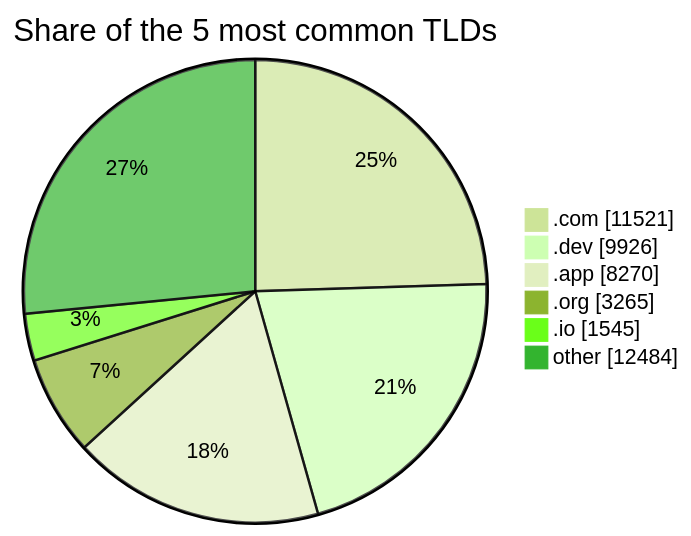
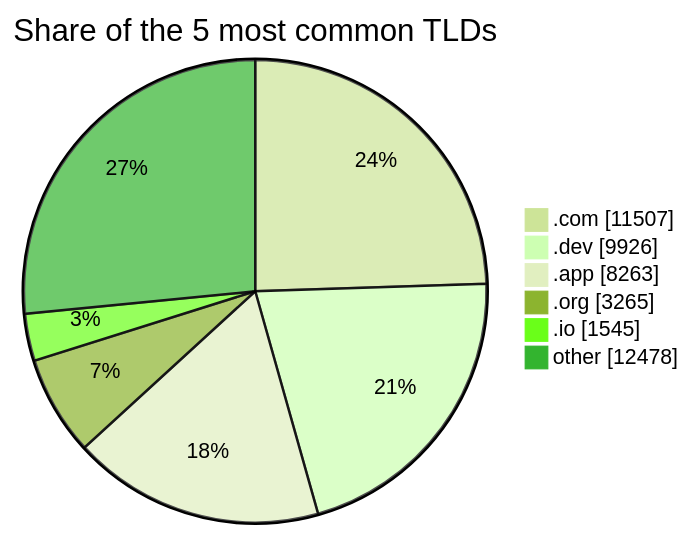
Before and after one commit to DNSBunker/CTI: the third of 3 diagrams in README.md, drawn with Mermaid (forest theme). The commit also changed other lines of this file and 3 other files, not shown here.

````diff
--- a/README.md
+++ b/README.md
@@ -81,9 +81,9 @@
 ```mermaid
 pie showData title Share of the 5 most common TLDs
-    ".com" : 11521
+    ".com" : 11507
     ".dev" : 9926
-    ".app" : 8270
+    ".app" : 8263
     ".org" : 3265
     ".io" : 1545
-    "other" : 12484
+    "other" : 12478
 ```
````
